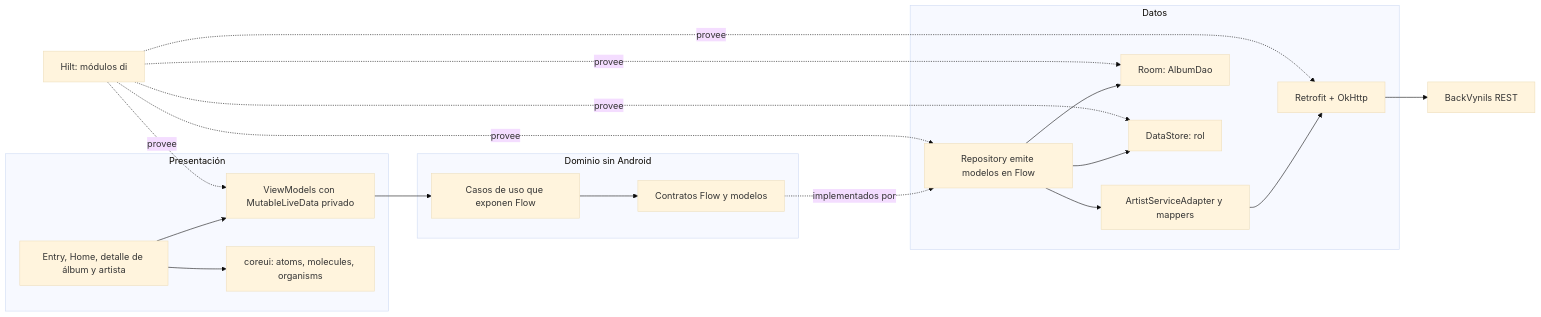
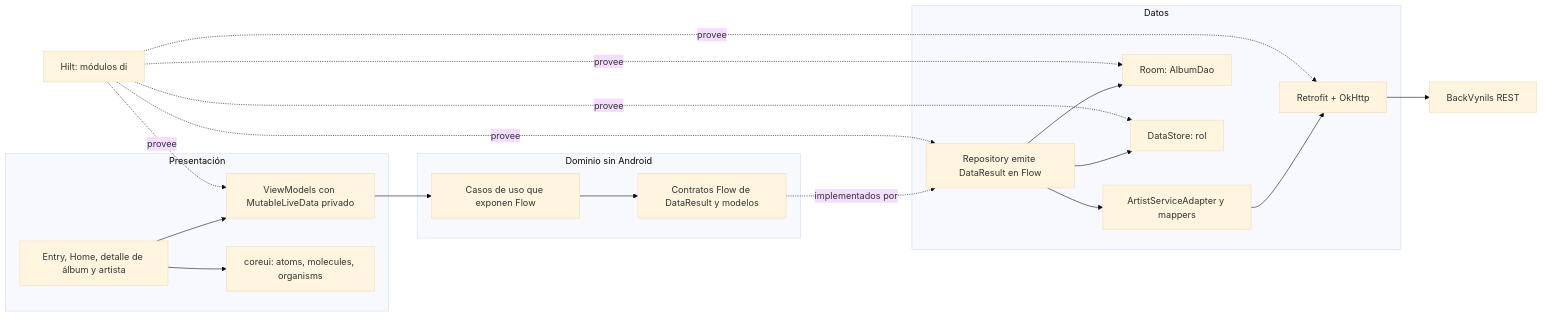
One commit to jhonospina2711/MISW4201-202615-Vinilos-Mobile-Grupo13 changed the first of 5 diagrams in docs/ARQUITECTURA_SPRINT1.md. Above: the diagram before and after it, drawn with Mermaid (base theme). The commit also changed other lines of this file and 40 other files, not shown here.

Commit message:
feat: model repository flow outcomes with sealed results

````diff
--- a/docs/ARQUITECTURA_SPRINT1.md
+++ b/docs/ARQUITECTURA_SPRINT1.md
@@ -7,33 +7,33 @@
 ```mermaid
 flowchart LR
   subgraph UI[Presentación]
     Screens[Entry, Home, detalle de álbum y artista]
     VM[ViewModels con MutableLiveData privado]
     CoreUI[coreui: atoms, molecules, organisms]
     Screens --> VM
     Screens --> CoreUI
   end
   subgraph Domain[Dominio sin Android]
     UC[Casos de uso que exponen Flow]
-    Contracts[Contratos Flow y modelos]
+    Contracts[Contratos Flow de DataResult y modelos]
     UC --> Contracts
   end
   subgraph Data[Datos]
-    Repo[Repository emite modelos en Flow]
+    Repo[Repository emite DataResult en Flow]
     Adapter[ArtistServiceAdapter y mappers]
     Api[Retrofit + OkHttp]
     Room[Room: AlbumDao]
     Store[DataStore: rol]
     Repo --> Adapter --> Api
     Repo --> Room
     Repo --> Store
   end
   VM --> UC
   Contracts -. implementados por .-> Repo
   Api --> Backend[BackVynils REST]
   Hilt[Hilt: módulos di] -. provee .-> VM
   Hilt -. provee .-> Repo
   Hilt -. provee .-> Api
   Hilt -. provee .-> Room
   Hilt -. provee .-> Store
 ```
````
